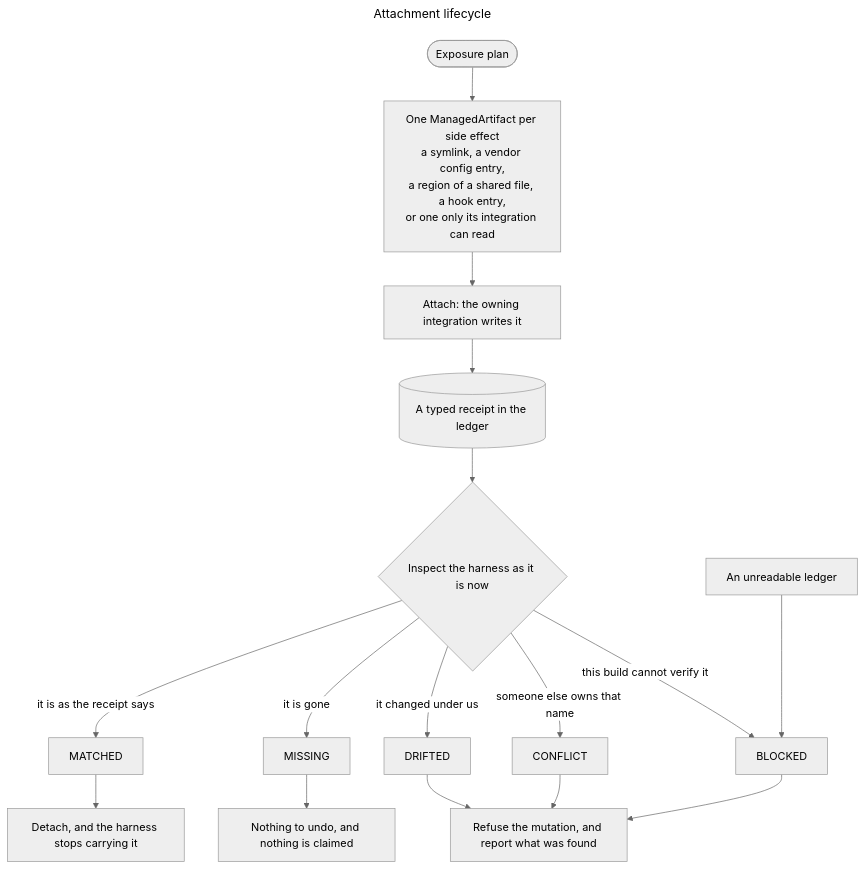
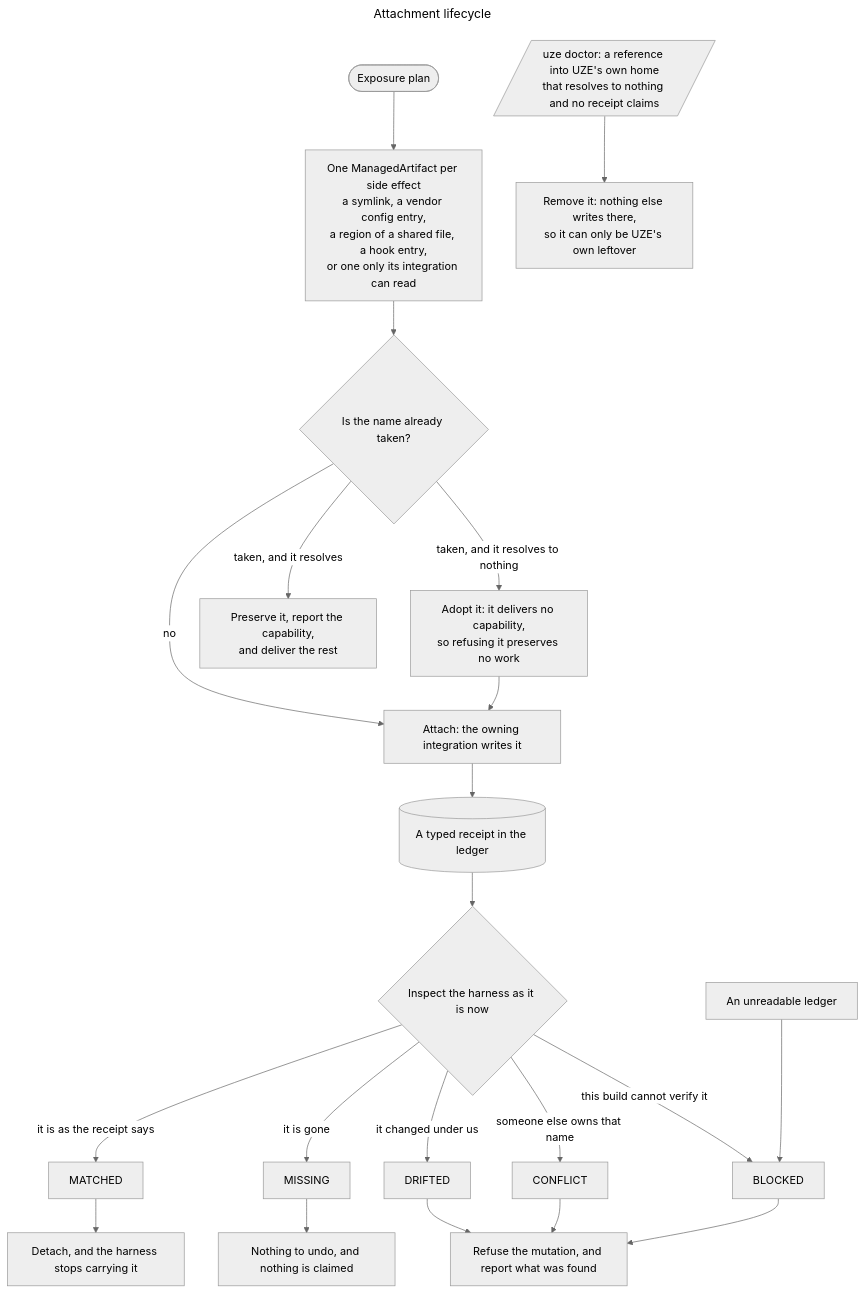
Before and after one commit to hiukky/uze: the diagram in docs/architecture/attachment-lifecycle.mmd, drawn with Mermaid (neutral theme). The commit also changed 50 other files, not shown here.

```diff
--- a/docs/architecture/attachment-lifecycle.mmd
+++ b/docs/architecture/attachment-lifecycle.mmd
@@ -1,19 +1,24 @@
 ---
 title: Attachment lifecycle
 ---
 flowchart TD
   plan([Exposure plan]) --> kinds[One ManagedArtifact per side effect<br/>a symlink, a vendor config entry,<br/>a region of a shared file, a hook entry,<br/>or one only its integration can read]
-  kinds --> attach[Attach: the owning integration writes it]
+  kinds --> occupied{Is the name already taken?}
+  occupied -->|no| attach[Attach: the owning integration writes it]
+  occupied -->|taken, and it resolves to nothing| adopt[Adopt it: it delivers no capability,<br/>so refusing it preserves no work]
+  occupied -->|taken, and it resolves| held[Preserve it, report the capability,<br/>and deliver the rest]
+  adopt --> attach
   attach --> receipt[(A typed receipt in the ledger)]
   receipt --> inspect{Inspect the harness as it is now}
   inspect -->|it is as the receipt says| matched[MATCHED]
   inspect -->|it is gone| missing[MISSING]
   inspect -->|it changed under us| drifted[DRIFTED]
   inspect -->|someone else owns that name| conflict[CONFLICT]
   inspect -->|this build cannot verify it| blocked[BLOCKED]
   ledger[An unreadable ledger] --> blocked
   matched --> detach[Detach, and the harness stops carrying it]
   missing --> noop[Nothing to undo, and nothing is claimed]
   drifted --> refuse[Refuse the mutation, and report what was found]
   conflict --> refuse
   blocked --> refuse
+  sweep[/uze doctor: a reference into UZE's own home<br/>that resolves to nothing and no receipt claims/] --> remove[Remove it: nothing else writes there,<br/>so it can only be UZE's own leftover]
```
